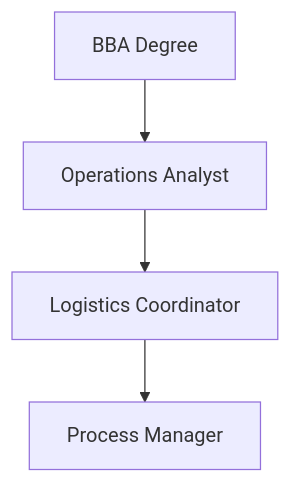
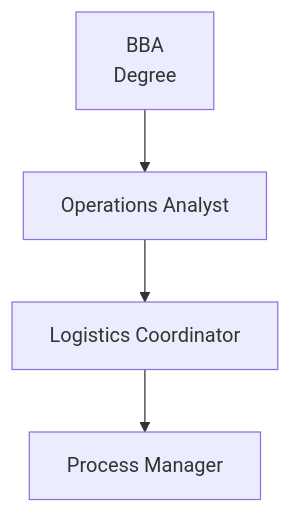
The third of 3 diagrams in curriculum-app/src/content/lessons/ug/bba/sem5/week17.md (the-career-breweries/tcb-soft-skills), drawn with Mermaid before and after one commit. The commit also changed other lines of this file and 5 other files, not shown here.

Commit message:
fix: aggressively solve mermaid text truncation

````diff
--- a/curriculum-app/src/content/lessons/ug/bba/sem5/week17.md
+++ b/curriculum-app/src/content/lessons/ug/bba/sem5/week17.md
@@ -62,6 +62,6 @@
 ```mermaid
 flowchart TD
-    A[BBA Degree] --> B[Operations Analyst]
+    A[BBA<br/>Degree] --> B[Operations Analyst]
     B --> C[Logistics Coordinator]
     C --> D[Process Manager]
 ```
````
